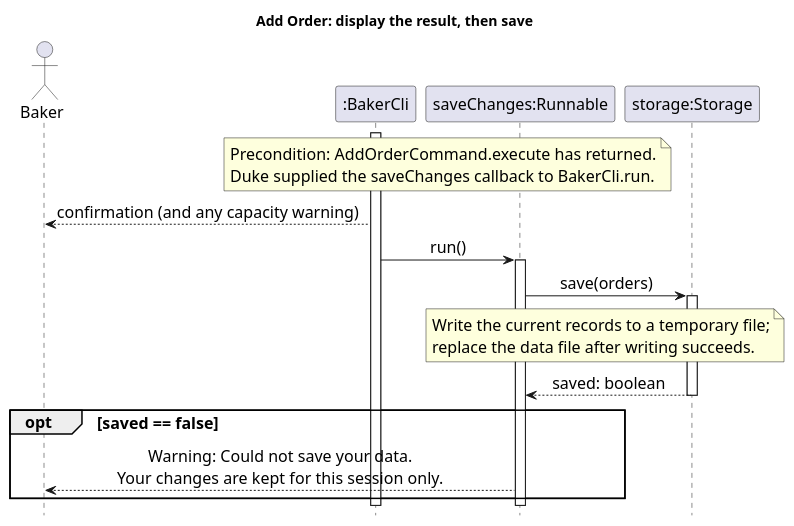
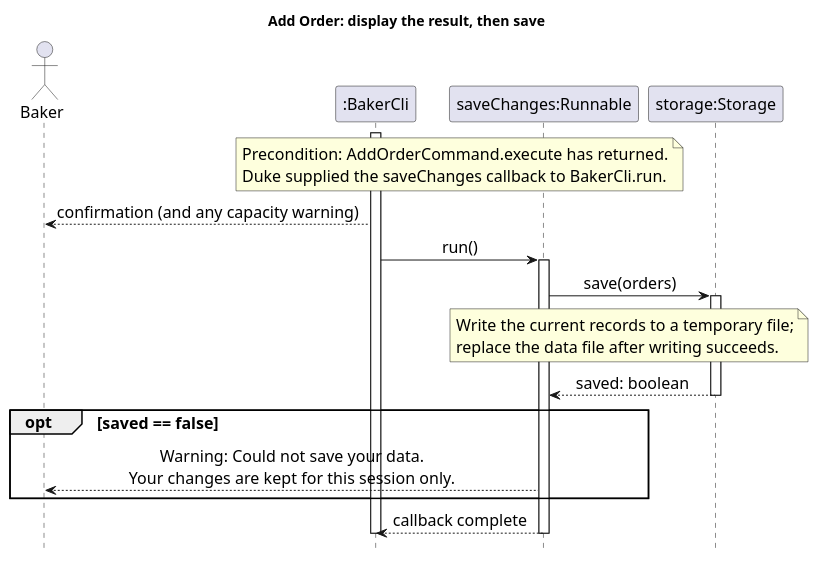
Before and after one commit to AY2627S1-CS2113-W12-1/tp: the diagram in docs/diagrams/add-order-saving.puml, drawn with PlantUML. The commit also changed 18 other files, not shown here.

First line of the commit message:
Fix DG sequence diagrams

```diff
--- a/docs/diagrams/add-order-saving.puml
+++ b/docs/diagrams/add-order-saving.puml
@@ -1,36 +1,37 @@
 @startuml
 ' Author: Eethanzyj
 title Add Order: display the result, then save
 skinparam backgroundColor white
 skinparam defaultFontName SansSerif
 skinparam defaultFontSize 16
 skinparam sequenceMessageAlign center
 hide footbox
 
 actor Baker
 participant ":BakerCli" as Cli
 participant "saveChanges:Runnable" as Save
 participant "storage:Storage" as Storage
 
 note over Cli, Save
   Precondition: AddOrderCommand.execute has returned.
   Duke supplied the saveChanges callback to BakerCli.run.
 end note
 activate Cli
 Cli --> Baker : confirmation (and any capacity warning)
 Cli -> Save : run()
 activate Save
 Save -> Storage : save(orders)
 activate Storage
 note over Save, Storage
   Write the current records to a temporary file;
   replace the data file after writing succeeds.
 end note
 Storage --> Save : saved: boolean
 deactivate Storage
 opt saved == false
   Save --> Baker : Warning: Could not save your data.\nYour changes are kept for this session only.
 end
+Save --> Cli : callback complete
 deactivate Save
 deactivate Cli
 @enduml
```
